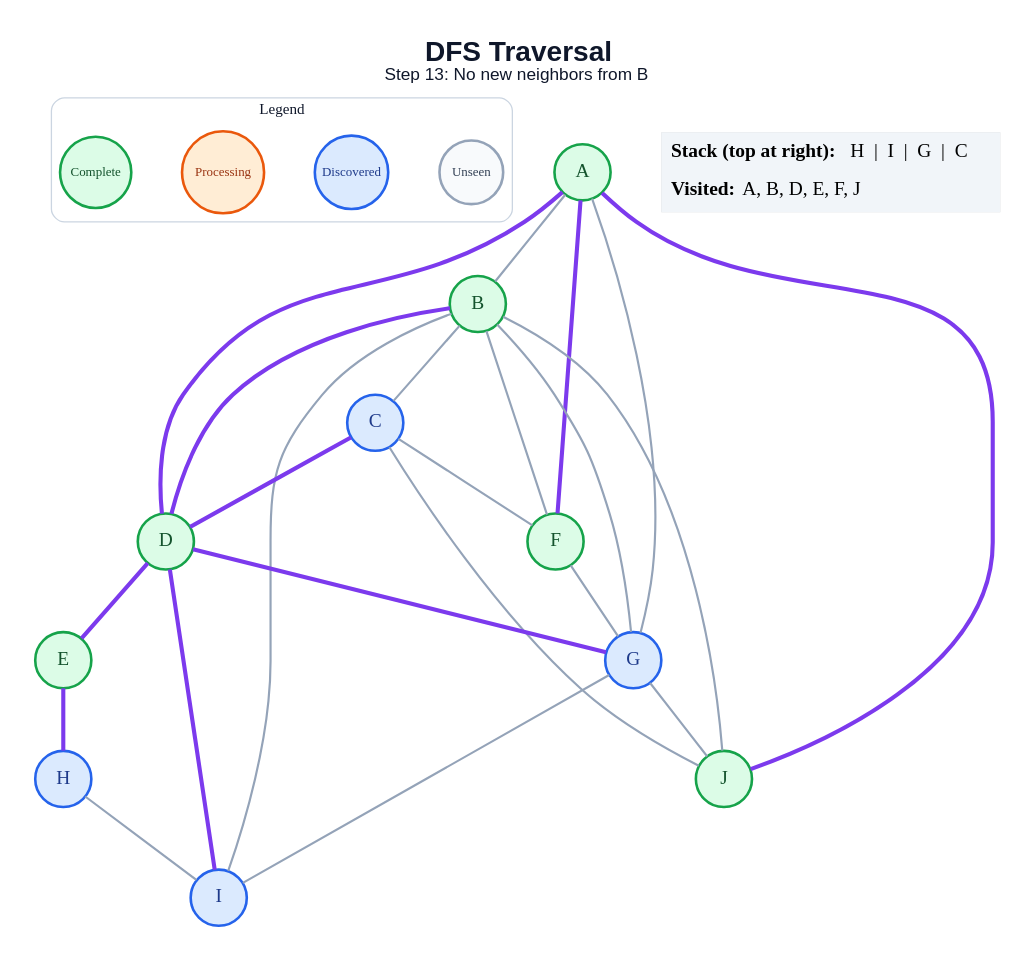
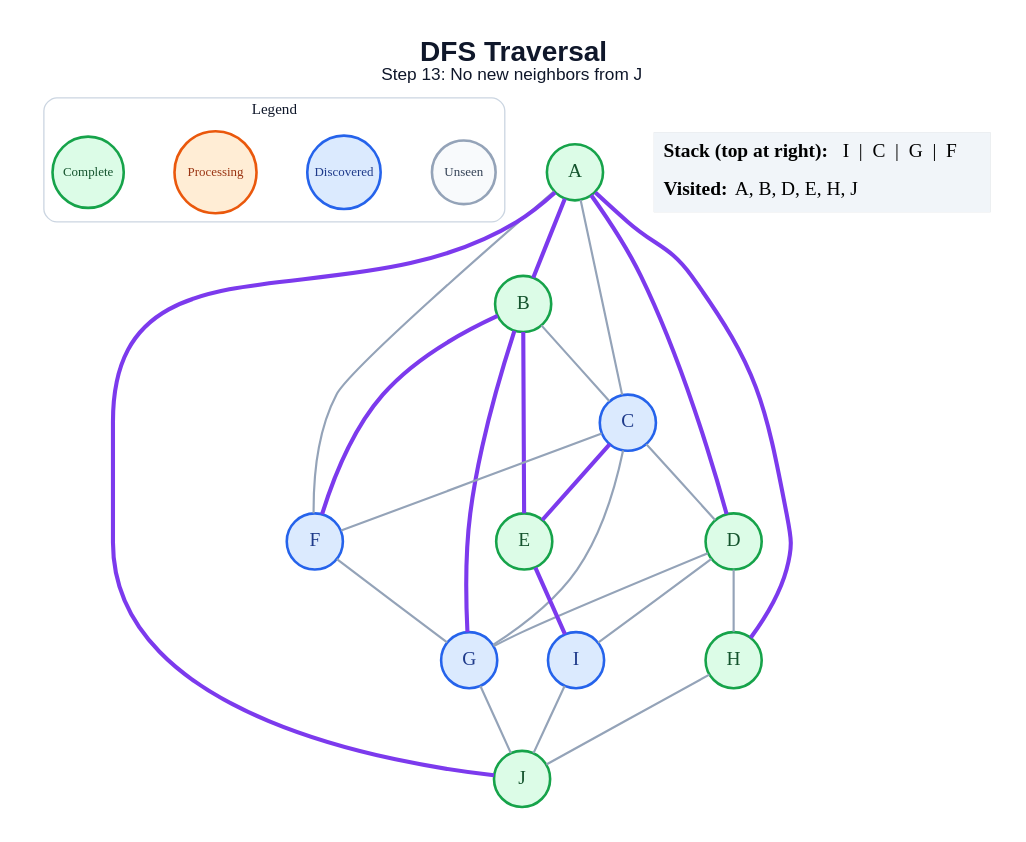
The diagram in generated/specific-node/dfs/step_13.dot (amanghodawala9/ai-slop), drawn with Graphviz before and after one commit. The commit also changed 178 other files, not shown here.

```diff
--- a/generated/specific-node/dfs/step_13.dot
+++ b/generated/specific-node/dfs/step_13.dot
@@ -1,51 +1,51 @@
 graph traversal {
   graph [layout=dot, rankdir=TB, bgcolor="#FFFFFF", pad="0.35", nodesep="0.65", ranksep="0.8", fontname="Arial"];
   node [shape=circle, style="filled", fontname="Arial Bold", fontsize=18, width=0.72, fixedsize=true, penwidth=2.4];
   edge [color="#94A3B8", penwidth=2.0];
-  label=<<B>DFS Traversal</B><BR/><FONT POINT-SIZE="16">Step 13: No new neighbors from B</FONT>>; labelloc="t"; fontsize=26; fontname="Arial"; fontcolor="#0F172A";
+  label=<<B>DFS Traversal</B><BR/><FONT POINT-SIZE="16">Step 13: No new neighbors from J</FONT>>; labelloc="t"; fontsize=26; fontname="Arial"; fontcolor="#0F172A";
   subgraph cluster_legend { label="Legend"; color="#CBD5E1"; penwidth=1.2; style="rounded"; fontsize=14; fontname="Arial Bold";
     key_unseen [label="Unseen", fillcolor="#F8FAFC", color="#94A3B8", fontcolor="#334155", fontsize=12, width=0.82];
     key_frontier [label="Discovered", fillcolor="#DBEAFE", color="#2563EB", fontcolor="#1E3A8A", fontsize=12, width=0.95];
     key_current [label="Processing", fillcolor="#FFEDD5", color="#EA580C", fontcolor="#9A3412", fontsize=12, width=1.05];
     key_done [label="Complete", fillcolor="#DCFCE7", color="#16A34A", fontcolor="#14532D", fontsize=12, width=0.92];
     { rank=same; key_unseen; key_frontier; key_current; key_done; }
   }
   A [fillcolor="#DCFCE7", color="#16A34A", fontcolor="#14532D"];
   B [fillcolor="#DCFCE7", color="#16A34A", fontcolor="#14532D"];
   C [fillcolor="#DBEAFE", color="#2563EB", fontcolor="#1E3A8A"];
   D [fillcolor="#DCFCE7", color="#16A34A", fontcolor="#14532D"];
   E [fillcolor="#DCFCE7", color="#16A34A", fontcolor="#14532D"];
-  F [fillcolor="#DCFCE7", color="#16A34A", fontcolor="#14532D"];
+  F [fillcolor="#DBEAFE", color="#2563EB", fontcolor="#1E3A8A"];
   G [fillcolor="#DBEAFE", color="#2563EB", fontcolor="#1E3A8A"];
-  H [fillcolor="#DBEAFE", color="#2563EB", fontcolor="#1E3A8A"];
+  H [fillcolor="#DCFCE7", color="#16A34A", fontcolor="#14532D"];
   I [fillcolor="#DBEAFE", color="#2563EB", fontcolor="#1E3A8A"];
   J [fillcolor="#DCFCE7", color="#16A34A", fontcolor="#14532D"];
-  A -- B;
+  A -- B [color="#7C3AED", penwidth=3.8];
+  A -- C;
   A -- D [color="#7C3AED", penwidth=3.8];
-  A -- F [color="#7C3AED", penwidth=3.8];
-  A -- G;
+  A -- F;
+  A -- H [color="#7C3AED", penwidth=3.8];
   A -- J [color="#7C3AED", penwidth=3.8];
   B -- C;
-  B -- D [color="#7C3AED", penwidth=3.8];
-  B -- F;
-  B -- G;
-  B -- I;
-  B -- J;
-  C -- D [color="#7C3AED", penwidth=3.8];
+  B -- E [color="#7C3AED", penwidth=3.8];
+  B -- F [color="#7C3AED", penwidth=3.8];
+  B -- G [color="#7C3AED", penwidth=3.8];
+  C -- D;
+  C -- E [color="#7C3AED", penwidth=3.8];
   C -- F;
-  C -- J;
-  D -- E [color="#7C3AED", penwidth=3.8];
-  D -- G [color="#7C3AED", penwidth=3.8];
-  D -- I [color="#7C3AED", penwidth=3.8];
-  E -- H [color="#7C3AED", penwidth=3.8];
+  C -- G;
+  D -- G;
+  D -- H;
+  D -- I;
+  E -- I [color="#7C3AED", penwidth=3.8];
   F -- G;
-  G -- I;
   G -- J;
-  H -- I;
+  H -- J;
+  I -- J;
   status [shape=plain, fixedsize=false, width=0, height=0, margin=0, label=<
     <TABLE BORDER="0" CELLBORDER="0" CELLPADDING="7" BGCOLOR="#F1F5F9">
-      <TR><TD ALIGN="LEFT"><B>Stack (top at right):</B> H  |  I  |  G  |  C</TD></TR>
-      <TR><TD ALIGN="LEFT"><B>Visited:</B> A, B, D, E, F, J</TD></TR>
+      <TR><TD ALIGN="LEFT"><B>Stack (top at right):</B> I  |  C  |  G  |  F</TD></TR>
+      <TR><TD ALIGN="LEFT"><B>Visited:</B> A, B, D, E, H, J</TD></TR>
     </TABLE>
   >];
 }
```
